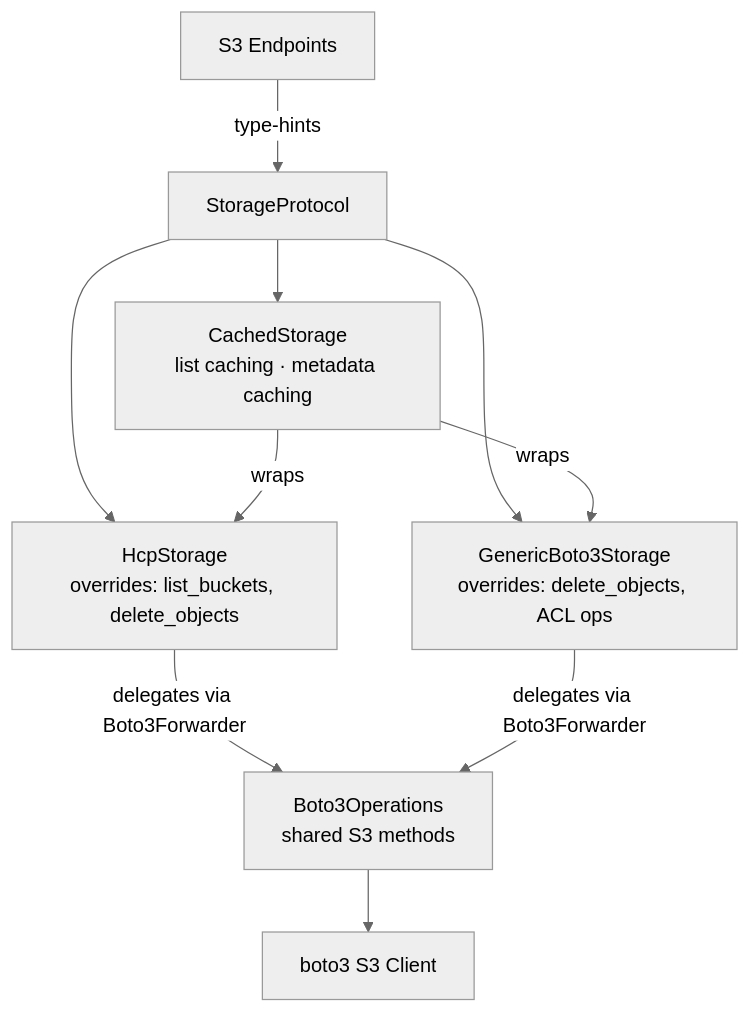
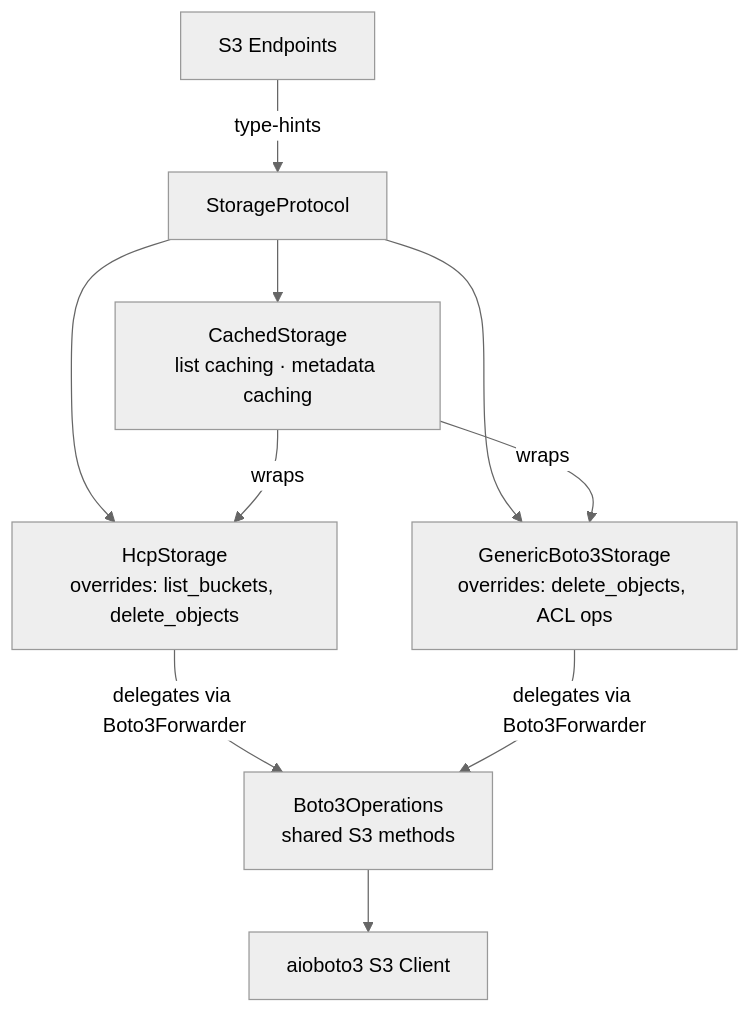
The diagram in docs/architecture/storage.md (AI-Riksarkivet/ra-hcp), drawn with Mermaid (neutral theme) before and after one commit. The commit also changed other lines of this file and 4 other files, not shown here.

````diff
--- a/docs/architecture/storage.md
+++ b/docs/architecture/storage.md
@@ -5,16 +5,16 @@
 ```mermaid
 graph TD
     EP["S3 Endpoints"] -->|"type-hints"| SP["StorageProtocol"]
 
     SP --> CACHED["CachedStorage<br/>list caching · metadata caching"]
     SP --> HCP_A["HcpStorage<br/>overrides: list_buckets, delete_objects"]
     SP --> GEN["GenericBoto3Storage<br/>overrides: delete_objects, ACL ops"]
 
     CACHED -->|"wraps"| HCP_A
     CACHED -->|"wraps"| GEN
 
     HCP_A -->|"delegates via Boto3Forwarder"| OPS["Boto3Operations<br/>shared S3 methods"]
     GEN -->|"delegates via Boto3Forwarder"| OPS
 
-    OPS --> CLIENT["boto3 S3 Client"]
+    OPS --> CLIENT["aioboto3 S3 Client"]
 ```
````
